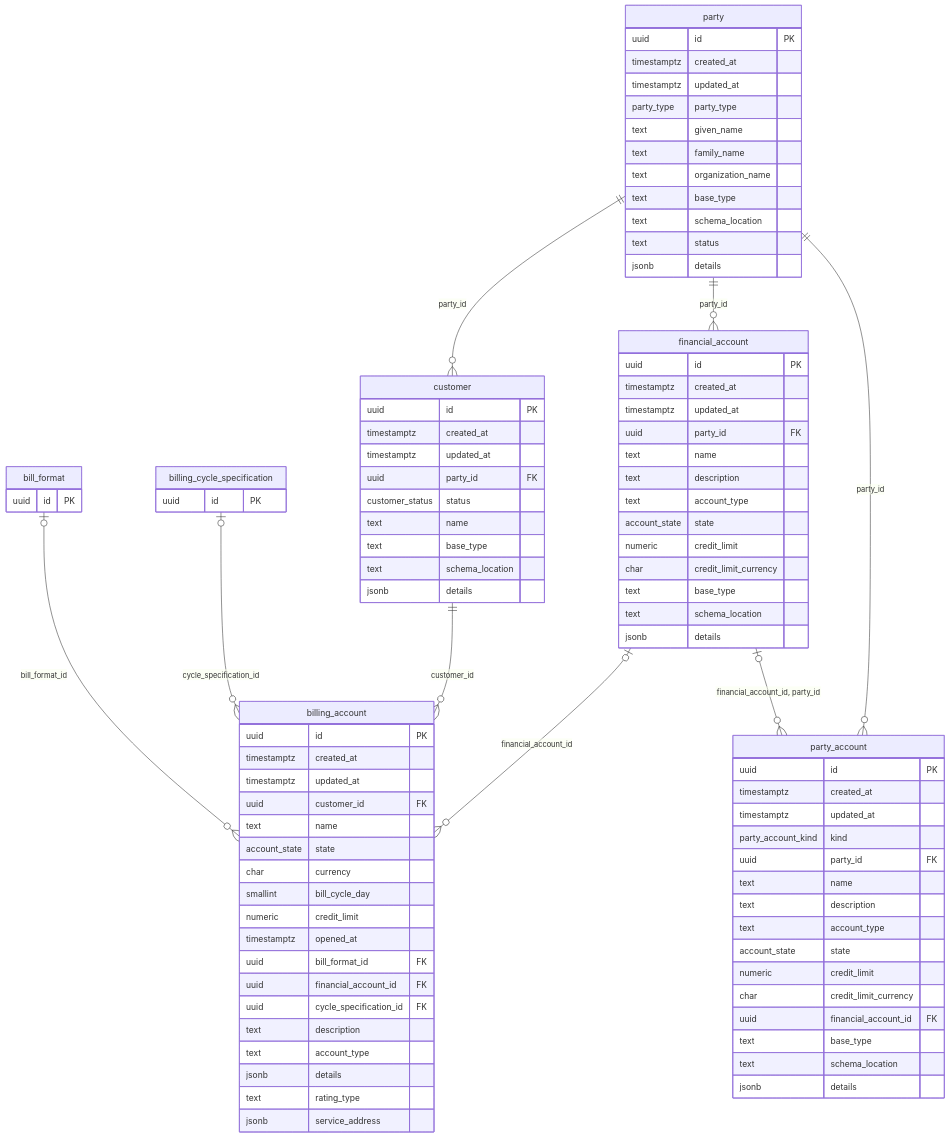
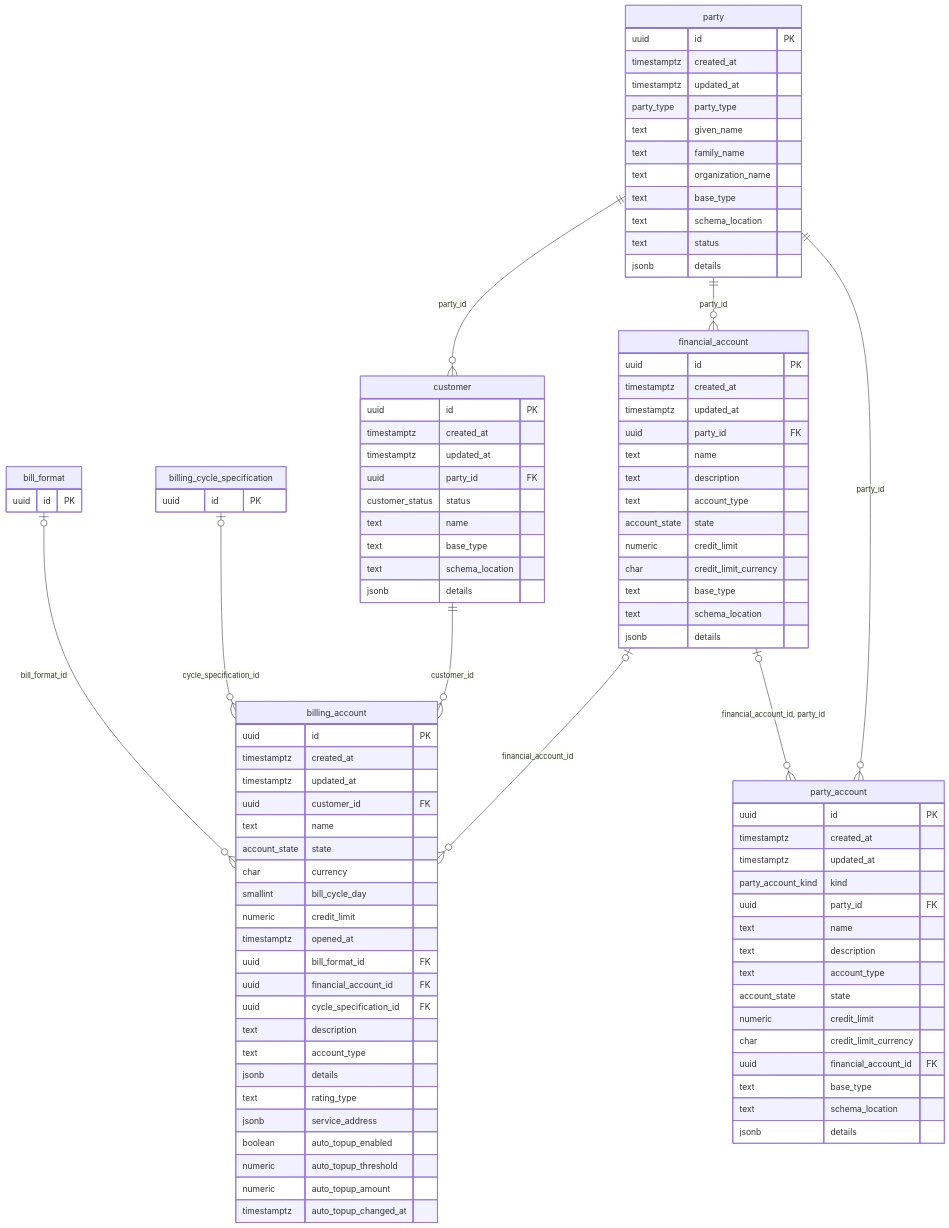
Before and after one commit to altharmz/bss: the second of 9 diagrams in docs/db/README.md, drawn with Mermaid. The commit also changed other lines of this file and 46 other files, not shown here.

```diff
--- a/docs/db/README.md
+++ b/docs/db/README.md
@@ -316,6 +325,10 @@
     jsonb details
     text rating_type
     jsonb service_address
+    boolean auto_topup_enabled
+    numeric auto_topup_threshold
+    numeric auto_topup_amount
+    timestamptz auto_topup_changed_at
   }
   financial_account {
     uuid id PK
```
